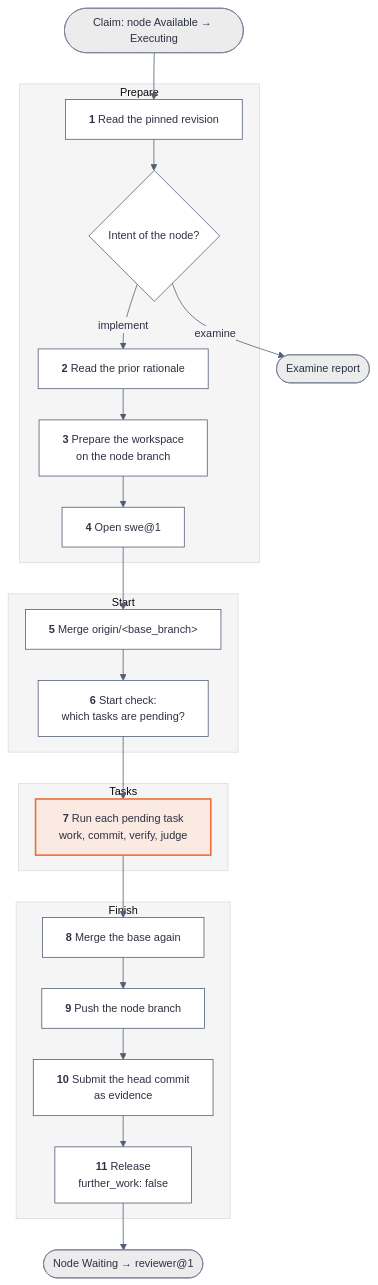
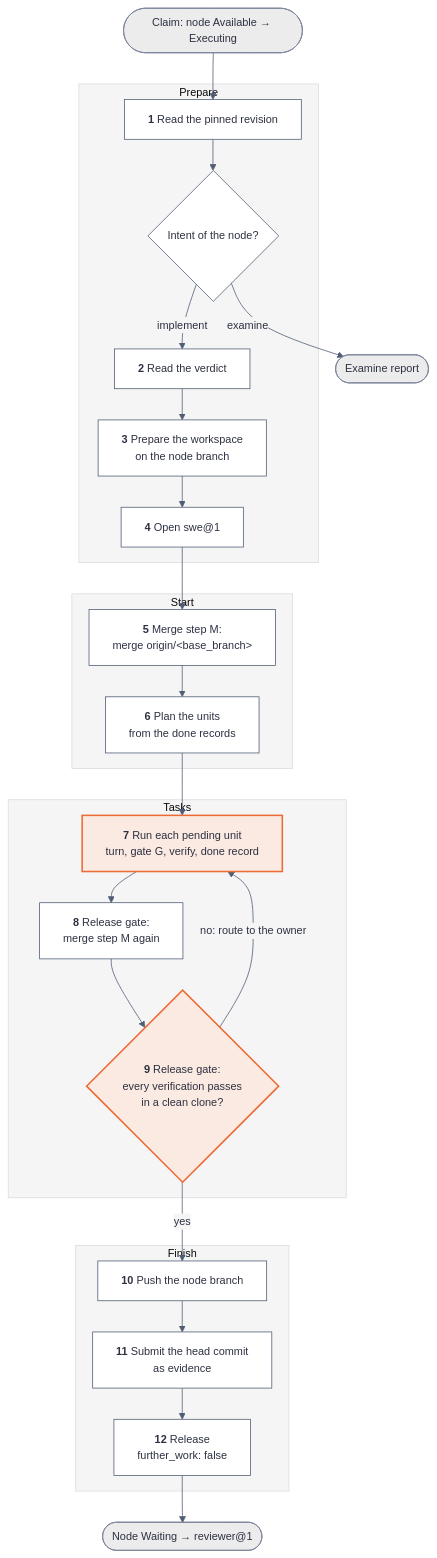
One commit to kanthorlabs/kanthord changed the first of 3 diagrams in docs/explanation/coder-worker.md. Above: the diagram before and after it, drawn with Mermaid. The commit also changed other lines of this file and 4 other files, not shown here.

````diff
--- a/docs/explanation/coder-worker.md
+++ b/docs/explanation/coder-worker.md
@@ -52,35 +54,37 @@
 ```mermaid
 %%{init: {"theme": "base", "themeVariables": {"background": "#f5f5f5", "primaryColor": "#ffffff", "primaryTextColor": "#2d3142", "primaryBorderColor": "#4f5d75", "secondaryColor": "#ececec", "tertiaryColor": "#f5f5f5", "lineColor": "#4f5d75", "edgeLabelBackground": "#f5f5f5", "fontFamily": "system-ui, sans-serif", "fontSize": "14px"}, "flowchart": {"htmlLabels": true, "useMaxWidth": false, "nodeSpacing": 24, "rankSpacing": 40}}}%%
 flowchart TB
-    accTitle: The coder@1 execution in 11 steps
-    accDescr: Four phases. Prepare reads the revision and the prior rationale, prepares the workspace and opens swe@1. Start merges the base branch and checks every task. Tasks runs each pending task. Finish merges the base branch again, pushes, submits the head commit and releases the node to Waiting.
+    accTitle: The coder@1 execution in 12 steps
+    accDescr: Four phases. Prepare reads the revision and the verdict, prepares the workspace and opens swe@1. Start merges the base branch and plans the units from the done records. Tasks runs each pending unit, then the release gate merges the base again and runs every verification in a clean clone. A failure of the release gate routes a revision turn to the unit that owns the failed command and goes back to the unit loop. Finish pushes, submits the head commit and releases the node to Waiting.
     claim(["Claim: node Available → Executing"]) --> s1
     subgraph prepare ["Prepare"]
         s1["<b>1</b> Read the pinned revision"] --> kind{"Intent of the node?"}
-        kind -- implement --> s2["<b>2</b> Read the prior rationale"]
+        kind -- implement --> s2["<b>2</b> Read the verdict"]
         s2 --> s3["<b>3</b> Prepare the workspace<br/>on the node branch"]
         s3 --> s4["<b>4</b> Open swe@1"]
     end
     kind -- examine --> report(["Examine report"])
     subgraph start ["Start"]
-        s5["<b>5</b> Merge origin/&lt;base_branch&gt;"]
-        s5 --> s6["<b>6</b> Start check:<br/>which tasks are pending?"]
+        s5["<b>5</b> Merge step M:<br/>merge origin/&lt;base_branch&gt;"]
+        s5 --> s6["<b>6</b> Plan the units<br/>from the done records"]
     end
     s4 --> s5
     subgraph tasks ["Tasks"]
-        s7["<b>7</b> Run each pending task<br/>work, commit, verify, judge"]
+        s7["<b>7</b> Run each pending unit<br/>turn, gate G, verify, done record"]
+        s7 --> s8["<b>8</b> Release gate:<br/>merge step M again"]
+        s8 --> s9{"<b>9</b> Release gate:<br/>every verification passes<br/>in a clean clone?"}
+        s9 -- "no: route to the owner" --> s7
     end
     s6 --> s7
     subgraph finish ["Finish"]
-        s8["<b>8</b> Merge the base again"]
-        s8 --> s9["<b>9</b> Push the node branch"]
-        s9 --> s10["<b>10</b> Submit the head commit<br/>as evidence"]
-        s10 --> s11["<b>11</b> Release<br/>further_work: false"]
+        s10["<b>10</b> Push the node branch"]
+        s10 --> s11["<b>11</b> Submit the head commit<br/>as evidence"]
+        s11 --> s12["<b>12</b> Release<br/>further_work: false"]
     end
-    s7 --> s8
-    s11 --> waiting(["Node Waiting → reviewer@1"])
+    s9 -- yes --> s10
+    s12 --> waiting(["Node Waiting → reviewer@1"])
     classDef focal fill:#fbeae1,stroke:#eb6c36,color:#2d3142,stroke-width:2px;
     classDef outcome fill:#ececec,stroke:#7a8399,color:#2d3142;
-    class s7 focal;
+    class s7,s9 focal;
     class claim,report,waiting outcome;
 ```
````
